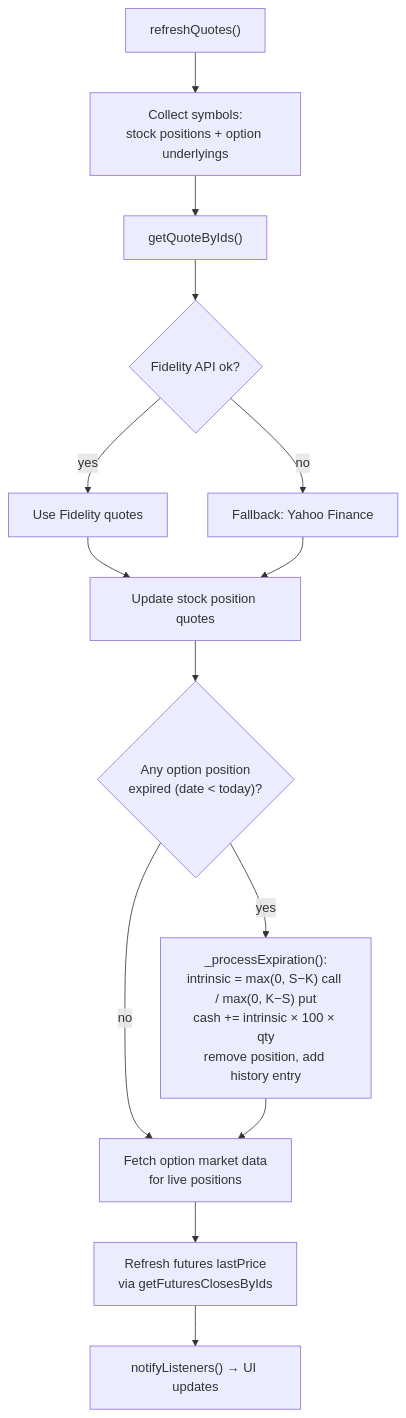
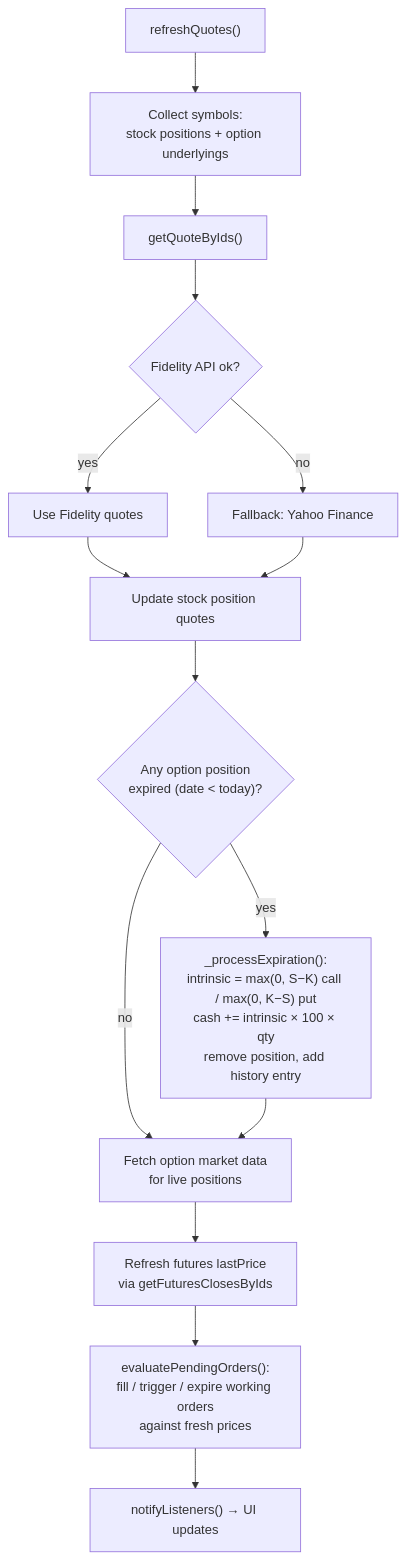
The sixth of 9 diagrams in docs/paper-trading-architecture.md (CIInc/robinhood-options-mobile), drawn with Mermaid before and after one commit. The commit also changed other lines of this file and 8 other files, not shown here.

````diff
--- a/docs/paper-trading-architecture.md
+++ b/docs/paper-trading-architecture.md
@@ -244,16 +294,17 @@
 ```mermaid
 flowchart TD
     A["refreshQuotes()"] --> B["Collect symbols:<br/>stock positions + option underlyings"]
     B --> C["getQuoteByIds()"]
     C --> D{"Fidelity API ok?"}
     D -- yes --> E["Use Fidelity quotes"]
     D -- no --> F["Fallback: Yahoo Finance"]
     E --> G["Update stock position quotes"]
     F --> G
     G --> H{"Any option position<br/>expired (date < today)?"}
     H -- yes --> I["_processExpiration():<br/>intrinsic = max(0, S−K) call / max(0, K−S) put<br/>cash += intrinsic × 100 × qty<br/>remove position, add history entry"]
     H -- no --> J["Fetch option market data<br/>for live positions"]
     I --> J
     J --> K["Refresh futures lastPrice<br/>via getFuturesClosesByIds"]
-    K --> L["notifyListeners() → UI updates"]
+    K --> M["evaluatePendingOrders():<br/>fill / trigger / expire working orders<br/>against fresh prices"]
+    M --> L["notifyListeners() → UI updates"]
 ```
````
